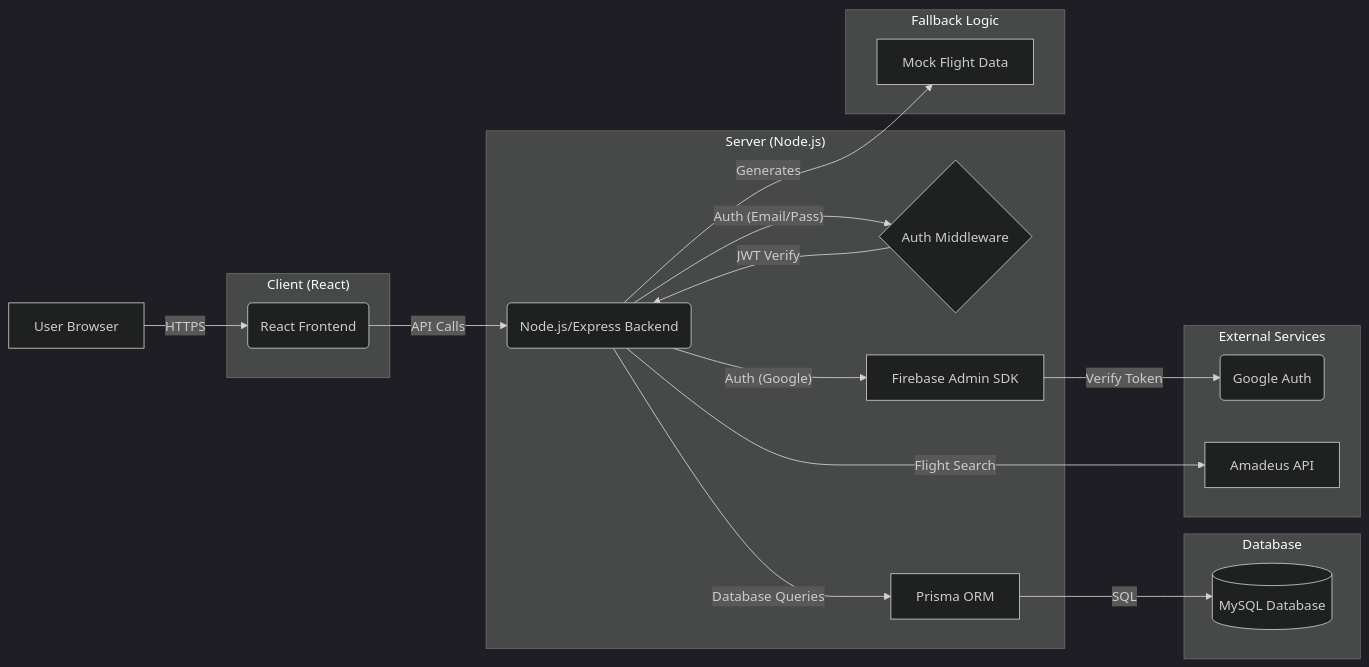
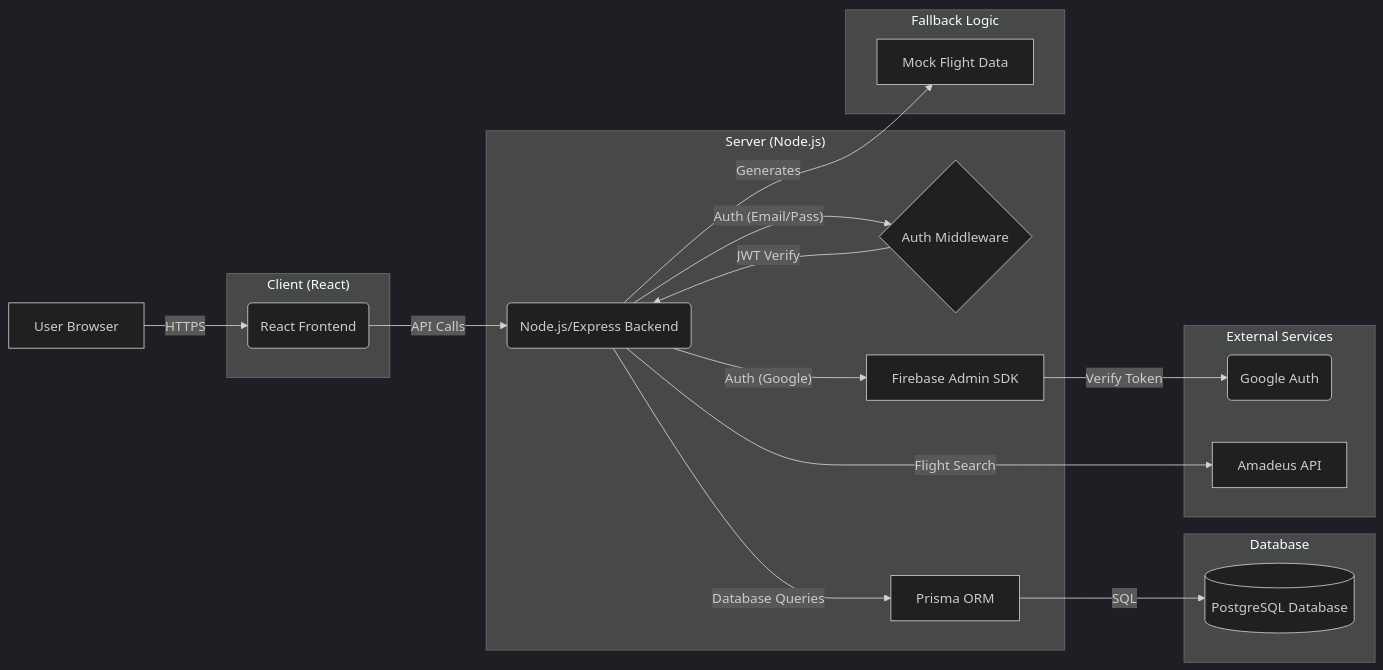
Before and after one commit to sunny348/flight: the first of 2 diagrams in README.MD, drawn with Mermaid (dark theme). The commit also changed other lines of this file and 11 other files, not shown here.

First line of the commit message:
Switch database from MySQL to PostgreSQL for free deployment

````diff
--- a/README.MD
+++ b/README.MD
@@ -66,38 +66,38 @@
 ```mermaid
 graph LR
     A[User Browser] -- HTTPS --> B(React Frontend);
     B -- API Calls --> C(Node.js/Express Backend);
     C -- Auth (Email/Pass) --> D{Auth Middleware};
     C -- Auth (Google) --> E[Firebase Admin SDK];
     E -- Verify Token --> F(Google Auth);
     D -- JWT Verify --> C;
     C -- Database Queries --> G[Prisma ORM];
-    G -- SQL --> H[(MySQL Database)];
+    G -- SQL --> H[(PostgreSQL Database)];
     C -- Flight Search --> I[Amadeus API];
     C -- Generates --> J[Mock Flight Data];
 
     subgraph "Client (React)"
         B
     end
 
     subgraph "Server (Node.js)"
         C
         D
         E
         G
     end
 
     subgraph "Database"
         H
     end
 
     subgraph "External Services"
         F
         I
     end
 
     subgraph "Fallback Logic"
       J
     end
 
 ```
````
